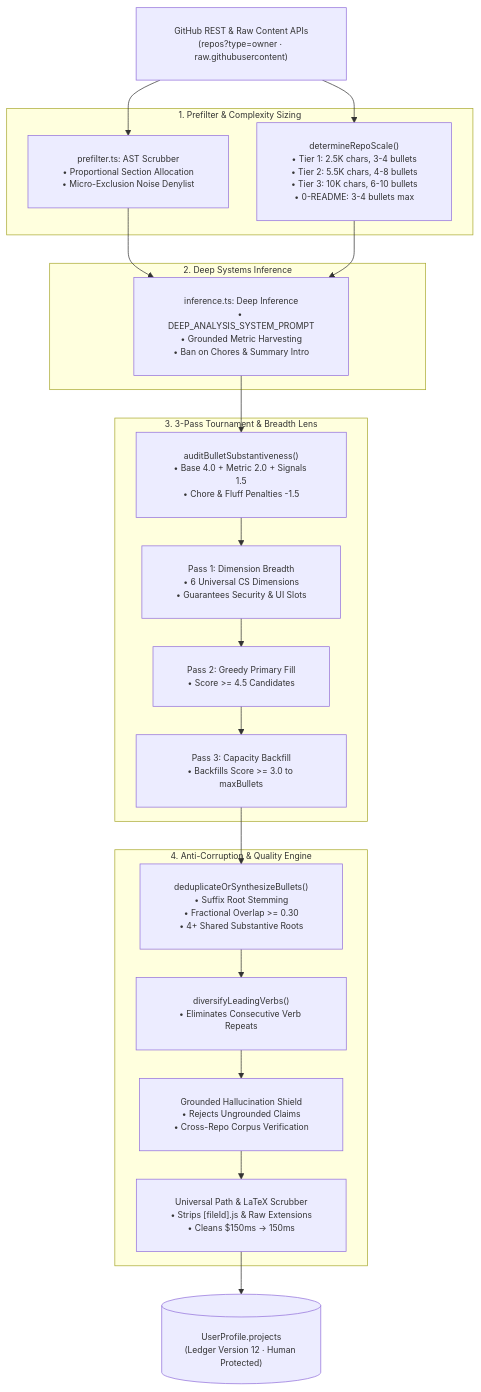
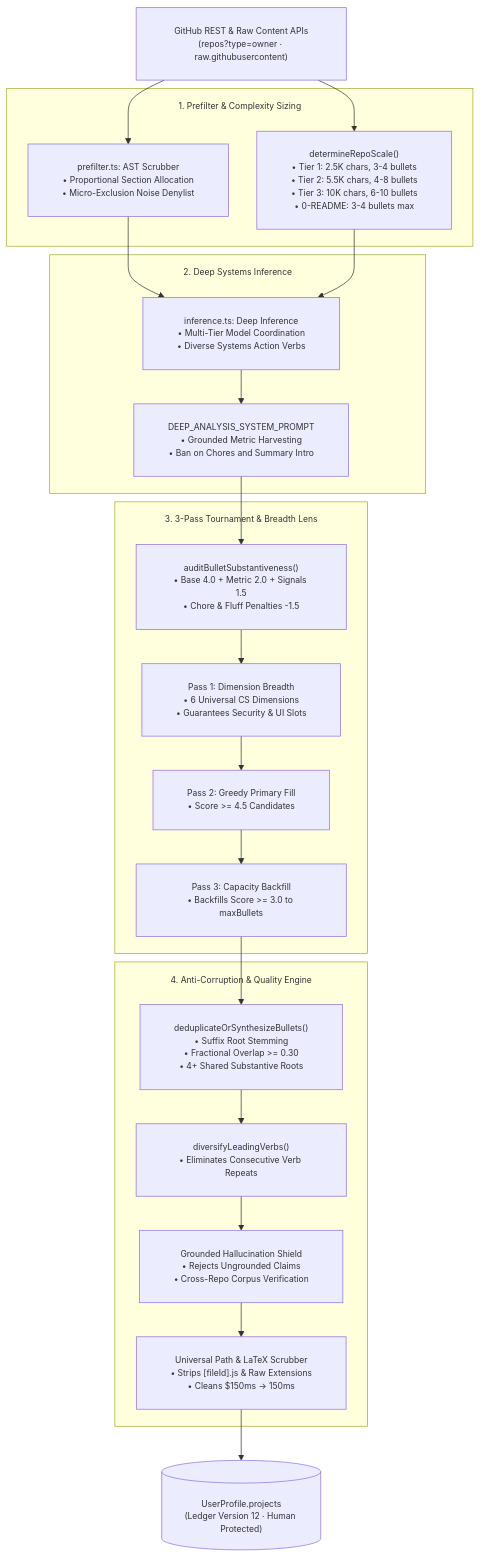
The fifth of 14 diagrams in README.md (Marqlo-C/mailpilot), drawn with Mermaid before and after one commit.

Commit message:
docs(readme): add subgraph title margins and de-condense Stage 2 inference nodes in ingestion diagram

````diff
--- a/README.md
+++ b/README.md
@@ -299,37 +299,39 @@
 ```mermaid
-%%{init: {"themeVariables": {"fontSize": "12px", "fontFamily": "-apple-system, BlinkMacSystemFont, Segoe UI, sans-serif"}, "themeCSS": ".edgeLabel foreignObject { overflow: visible !important; } .edgeLabel span { padding: 0 4px; }", "flowchart": {"padding": 24, "nodeSpacing": 40, "rankSpacing": 40}}}%%
+%%{init: {"themeVariables": {"fontSize": "12px", "fontFamily": "-apple-system, BlinkMacSystemFont, Segoe UI, sans-serif"}, "themeCSS": ".edgeLabel foreignObject { overflow: visible !important; } .edgeLabel span { padding: 0 4px; }", "flowchart": {"padding": 24, "nodeSpacing": 40, "rankSpacing": 48, "subGraphTitleMargin": {"top": 16, "bottom": 20}}}}%%
 flowchart TD
   API["GitHub REST & Raw Content APIs<br/>(repos?type=owner · raw.githubusercontent)"]
 
   subgraph Stage1["1. Prefilter & Complexity Sizing"]
     AST["prefilter.ts: AST Scrubber<br/>• Proportional Section Allocation<br/>• Micro-Exclusion Noise Denylist"]
     SCALE["determineRepoScale()<br/>• Tier 1: 2.5K chars, 3-4 bullets<br/>• Tier 2: 5.5K chars, 4-8 bullets<br/>• Tier 3: 10K chars, 6-10 bullets<br/>• 0-README: 3-4 bullets max"]
   end
 
   subgraph Stage2["2. Deep Systems Inference"]
-    INF["inference.ts: Deep Inference<br/>• DEEP_ANALYSIS_SYSTEM_PROMPT<br/>• Grounded Metric Harvesting<br/>• Ban on Chores & Summary Intro"]
+    INF["inference.ts: Deep Inference<br/>• Multi-Tier Model Coordination<br/>• Diverse Systems Action Verbs"]
+    PROMPT["DEEP_ANALYSIS_SYSTEM_PROMPT<br/>• Grounded Metric Harvesting<br/>• Ban on Chores and Summary Intro"]
   end
 
   subgraph Stage3["3. 3-Pass Tournament & Breadth Lens"]
     AUDIT["auditBulletSubstantiveness()<br/>• Base 4.0 + Metric 2.0 + Signals 1.5<br/>• Chore & Fluff Penalties -1.5"]
     PASS1["Pass 1: Dimension Breadth<br/>• 6 Universal CS Dimensions<br/>• Guarantees Security & UI Slots"]
     PASS2["Pass 2: Greedy Primary Fill<br/>• Score >= 4.5 Candidates"]
     PASS3["Pass 3: Capacity Backfill<br/>• Backfills Score >= 3.0 to maxBullets"]
   end
 
   subgraph Stage4["4. Anti-Corruption & Quality Engine"]
     DEDUP["deduplicateOrSynthesizeBullets()<br/>• Suffix Root Stemming<br/>• Fractional Overlap >= 0.30<br/>• 4+ Shared Substantive Roots"]
     VERB["diversifyLeadingVerbs()<br/>• Eliminates Consecutive Verb Repeats"]
     SHIELD["Grounded Hallucination Shield<br/>• Rejects Ungrounded Claims<br/>• Cross-Repo Corpus Verification"]
     SCRUB["Universal Path & LaTeX Scrubber<br/>• Strips [fileId].js & Raw Extensions<br/>• Cleans $150ms -> 150ms"]
   end
 
   DB[("UserProfile.projects<br/>(Ledger Version 12 · Human Protected)")]
 
   API --> AST & SCALE
   AST & SCALE --> INF
-  INF --> AUDIT
+  INF --> PROMPT
+  PROMPT --> AUDIT
   AUDIT --> PASS1 --> PASS2 --> PASS3
   PASS3 --> DEDUP --> VERB --> SHIELD --> SCRUB
   SCRUB --> DB
 ```
````
